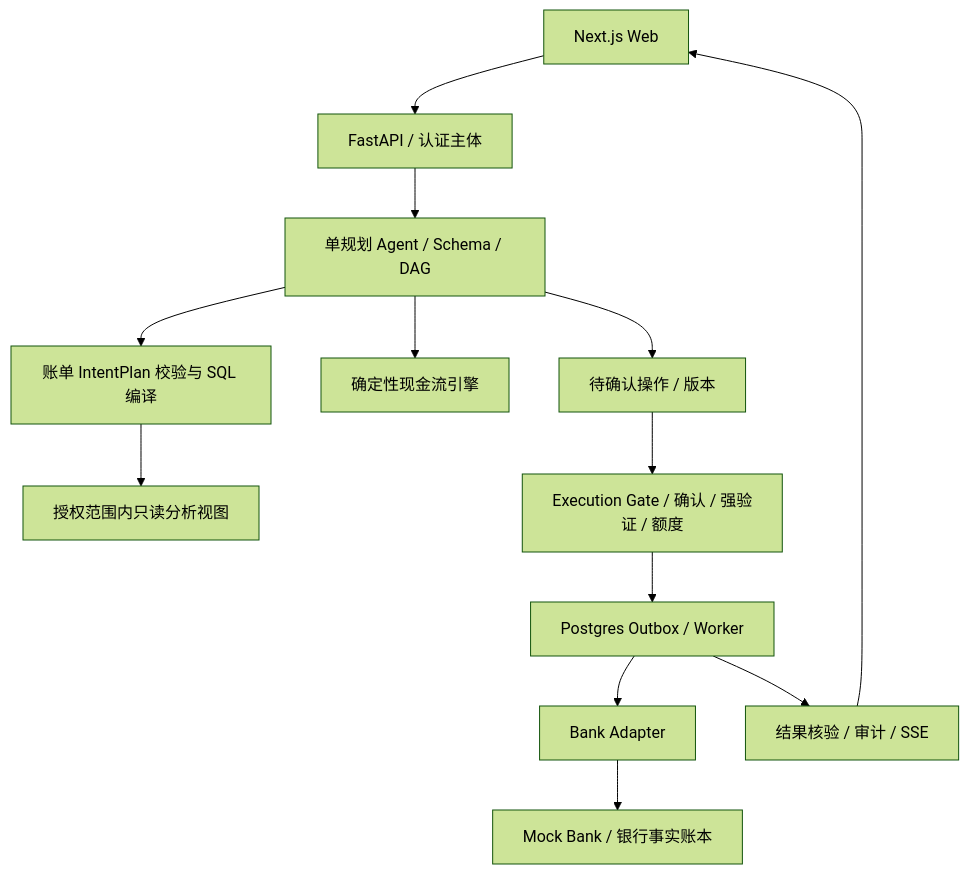
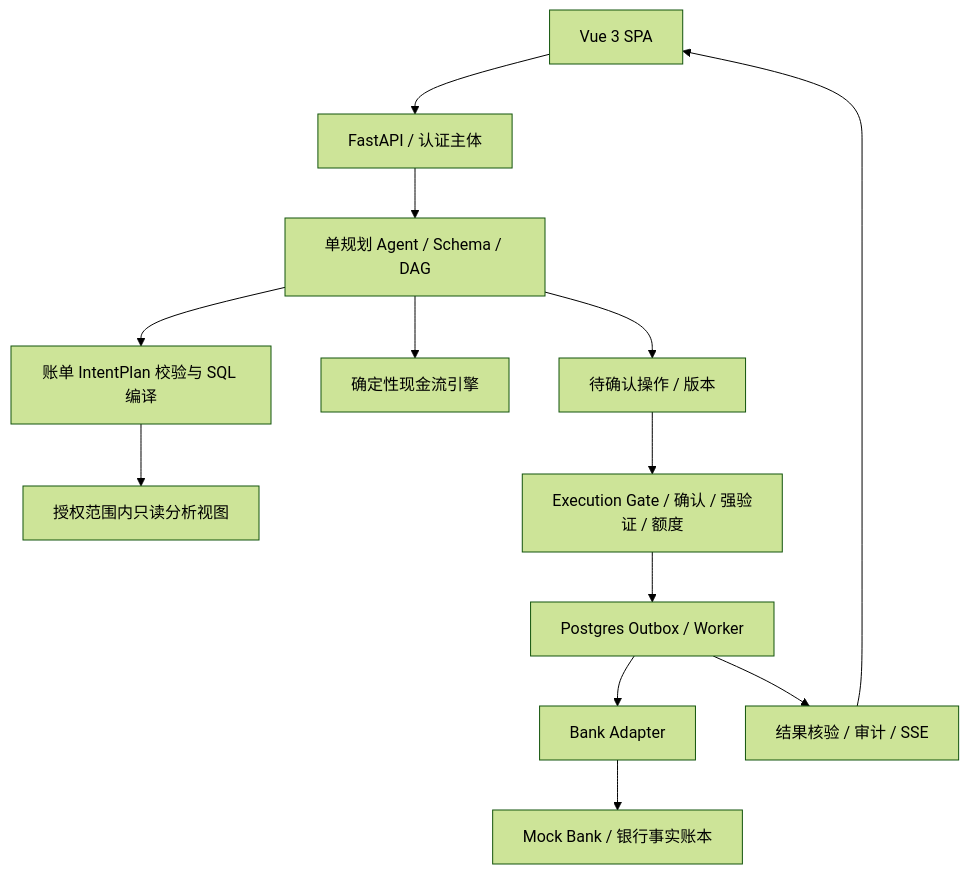
The diagram in docs/01-技术架构.md (Maggie-maoyiqi/FutureLedger), drawn with Mermaid (forest theme) before and after one commit. The commit also changed other lines of this file and 5 other files, not shown here.

````diff
--- a/docs/01-技术架构.md
+++ b/docs/01-技术架构.md
@@ -18,15 +18,15 @@
 ```mermaid
 flowchart TD
- W[Next.js Web] --> API[FastAPI / 认证主体]
+ W[Vue 3 SPA] --> API[FastAPI / 认证主体]
  API --> P[单规划 Agent / Schema / DAG]
  P --> Q[账单 IntentPlan 校验与 SQL 编译]
  Q --> V[授权范围内只读分析视图]
  P --> C[确定性现金流引擎]
  P --> D[待确认操作 / 版本]
  D --> G[Execution Gate / 确认 / 强验证 / 额度]
  G --> O[Postgres Outbox / Worker]
  O --> A[Bank Adapter]
  A --> B[Mock Bank / 银行事实账本]
  O --> R[结果核验 / 审计 / SSE]
  R --> W
 ```
````
